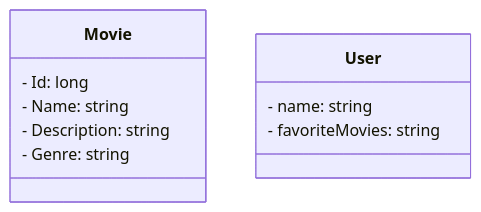
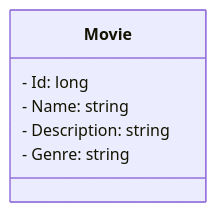
One commit to glauberosouza/GEM-Golden-Era-Movie changed the diagram in README.md. Above: the diagram before and after it, drawn with Mermaid. The commit also changed other lines of this file, not shown here.

````diff
--- a/README.md
+++ b/README.md
@@ -24,13 +19,9 @@
 ```mermaid
 classDiagram
   class Movie {
     - Id: long
     - Name: string
     - Description: string
     - Genre: string
   }
-  class User {
-    - name: string
-    - favoriteMovies: string
-  }
 ```
````
